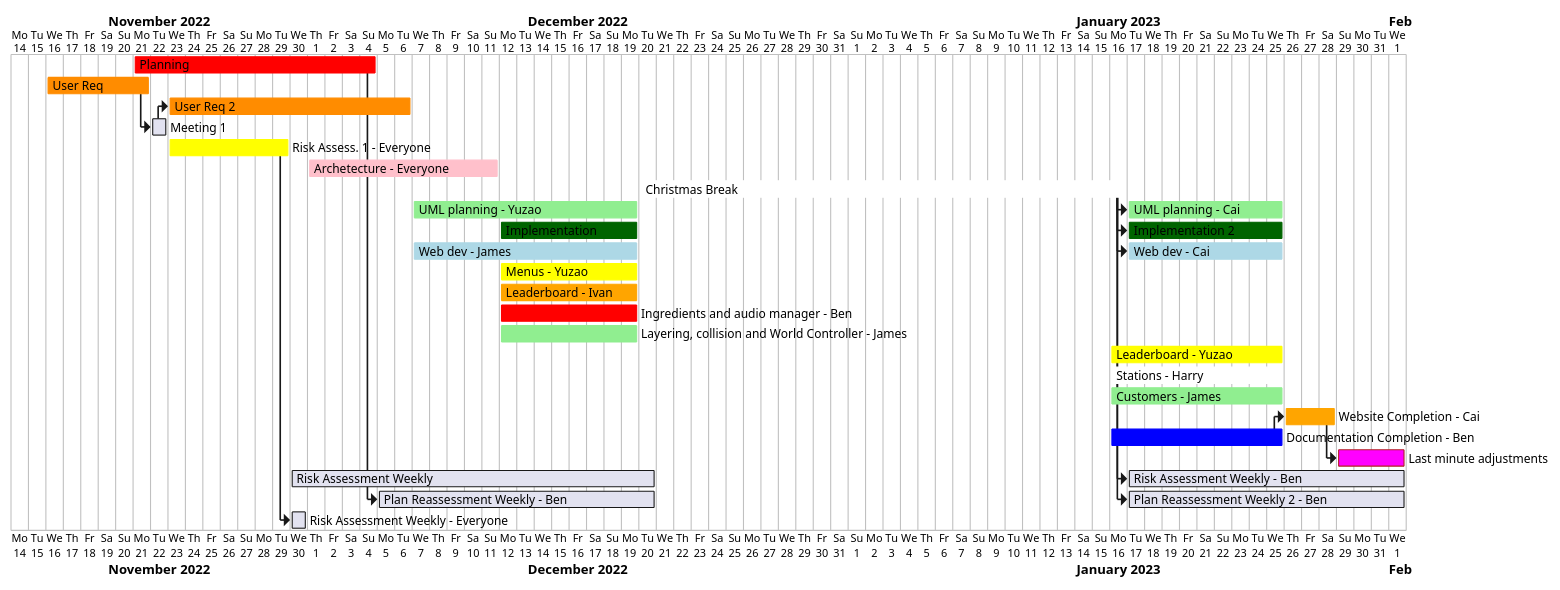
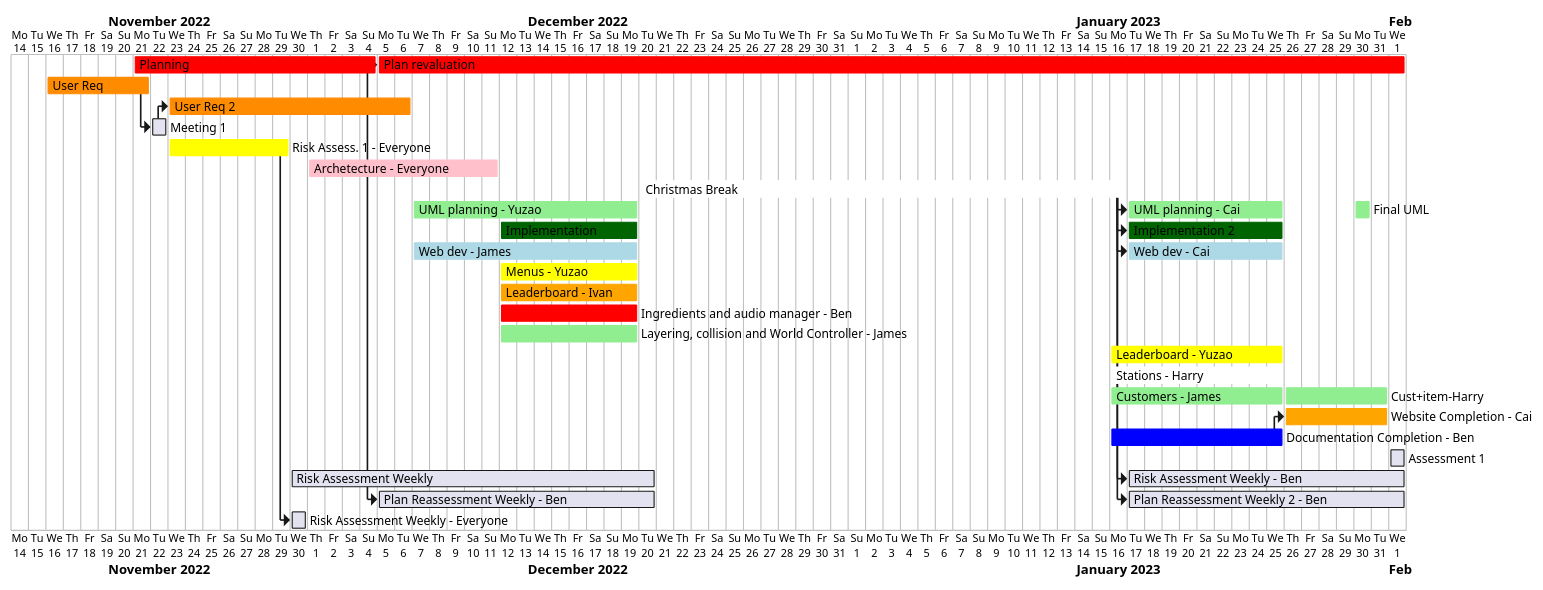
Before and after one commit to ENG1-TEAM3/project_eng1_team3: the diagram in gantts/gantt_chart_v1.4.puml, drawn with PlantUML.

Commit message:
new gantt

```diff
--- a/gantts/gantt_chart_v1.4.puml
+++ b/gantts/gantt_chart_v1.4.puml
@@ -1,75 +1,79 @@
 @startgantt
 
 Project starts 2022-11-14
 
 [Planning] starts 2022-11-21 and ends 2022-12-04
 
 [User Req] starts 2022-11-16 and ends 2022-11-21
 [User Req 2] starts 2022-11-23 and ends 2022-12-06
 
 [Meeting 1] starts at [User Req]'s end
 [User Req 2] starts at [Meeting 1]'s end
 
 [Risk Assess. 1 - Everyone] starts 2022-11-23 and ends 2022-11-29
 
 [Archetecture - Everyone] starts 2022-12-01 and ends 2022-12-11 and is colored in Pink
 
 [Christmas Break] starts 2022-12-20 and ends 2023-01-16 and is colored in White
 
 [UML planning - Yuzao] starts 2022-12-07 and ends 2022-12-19
 [Implementation] starts 2022-12-12 and ends 2022-12-19
 [Web dev - James] starts 2022-12-07 and ends 2022-12-19
 
 [Menus - Yuzao] starts 2022-12-12 and ends 2022-12-19 and is colored in Yellow
 [Leaderboard - Ivan] starts 2022-12-12 and ends 2022-12-19 and is colored in Orange
 [Ingredients and audio manager - Ben] starts 2022-12-12 and ends 2022-12-19 and is colored in Red
 [Layering, collision and World Controller - James] starts 2022-12-12 and ends 2022-12-19 and is colored in LightGreen
 
 
 [Leaderboard - Yuzao] starts 2023-01-16 and ends 2023-01-25 and is colored in yellow
 
 [Stations - Harry] starts 2023-01-16 and ends 2023-01-25 and is colored in Lilac
 [Customers - James] starts 2023-01-16 and ends 2023-01-25 and is colored in LightGreen
+[Cust+item-Harry] starts 2023-01-26 and ends 2023-01-31 and displays on same row as [Customers - James]
+[Cust+item-Harry] is colored in lightGreen
 
-[Website Completion - Cai] lasts 3 days
+[Website Completion - Cai] lasts 6 days
 [Documentation Completion - Ben] lasts 10 days
-[Last minute adjustments] lasts 4 days
 
 [Website Completion - Cai] starts 2023-01-24
 [Documentation Completion - Ben] starts 2023-01-16
-[Last minute adjustments] starts 2023-01-29
+[Assessment 1] starts 2023-02-01
+
 
 [Web dev - Cai] starts at [Christmas Break]'s end and ends 2023-01-25 and displays on same row as [Web dev - James]
 [UML planning - Cai] starts at [Christmas Break]'s end and ends 2023-01-25 and displays on same row as [UML planning - Yuzao]
 [Implementation 2] starts at [Christmas Break]'s end and ends 2023-01-25 and displays on same row as [Implementation]
+[Plan revaluation] starts at [Planning]'s end and displays on same row as [Planning]
+[Plan revaluation] ends 2023-02-01
+[Plan revaluation] is colored in red
 
 [Website Completion - Cai] starts at [Documentation Completion - Ben]'s end
-[Last minute adjustments] starts at [Website Completion - Cai]'s end
-
+[Final UML] starts 2023-01-30 and displays on same row as [UML planning - Cai]
 [Risk Assessment Weekly] starts 2022-11-30 and ends 2022-12-20
 [Plan Reassessment Weekly - Ben] starts 2022-12-05 and ends 2022-12-20
 
 [Risk Assessment Weekly - Ben] starts at [Christmas Break]'s end and ends 2023-02-01 and displays on same row as [Risk Assessment Weekly]
 [Plan Reassessment Weekly 2 - Ben] starts at [Christmas Break]'s end and ends 2023-02-01 and displays on same row as [Plan Reassessment Weekly - Ben]
 
 [Risk Assessment Weekly - Everyone] starts at [Risk Assess. 1 - Everyone]'s end
 [Plan Reassessment Weekly - Ben] starts at [Planning]'s end
 
 [Website Completion - Cai] is colored in Orange
 [Documentation Completion - Ben] is colored in Blue
-[Last minute adjustments] is colored in Fuchsia/FireBrick
 [Planning] is colored in Red
 [Risk Assess. 1 - Everyone] is colored in Yellow
+[Final UML] is colored in lightGreen
 
 [Web dev - Cai] is colored in LightBlue
 [UML planning - Cai] is colored in LightGreen
 [Web dev - James] is colored in LightBlue
 [UML planning - Yuzao] is colored in LightGreen
 [Implementation] is colored in DarkGreen
 [Implementation 2] is colored in DarkGreen
 
 [User Req] is colored in DarkOrange
 [User Req 2] is colored in DarkOrange
 
 
 @endgantt
```
